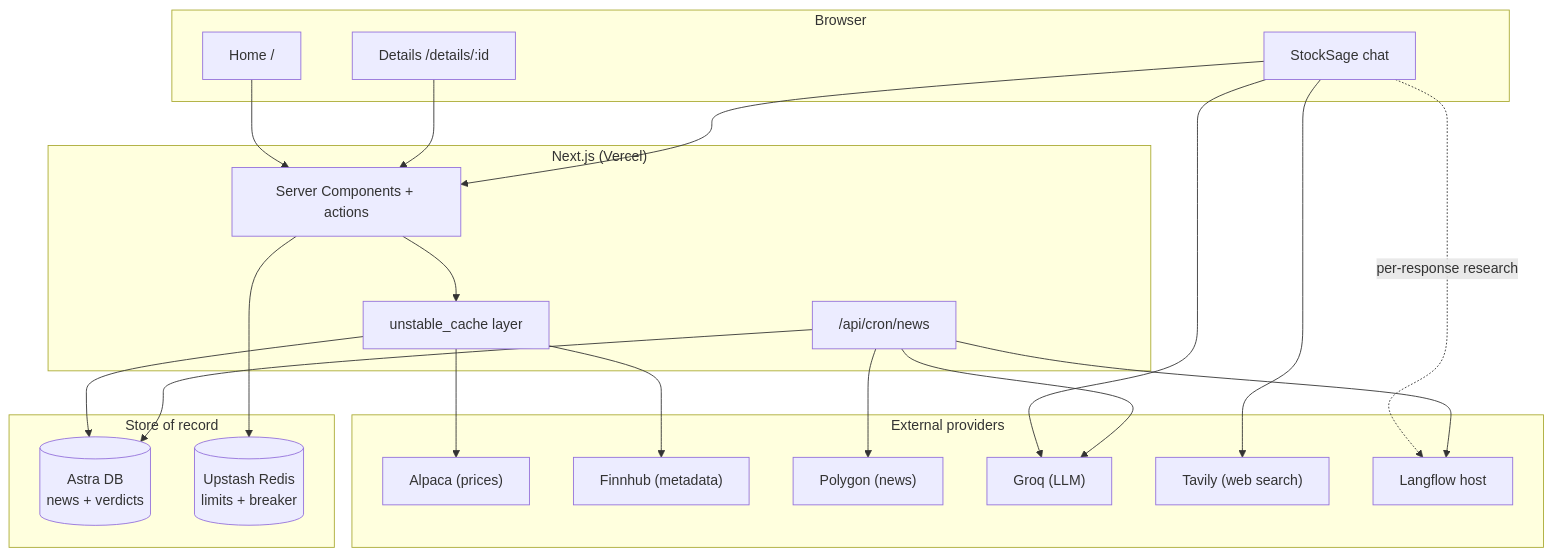
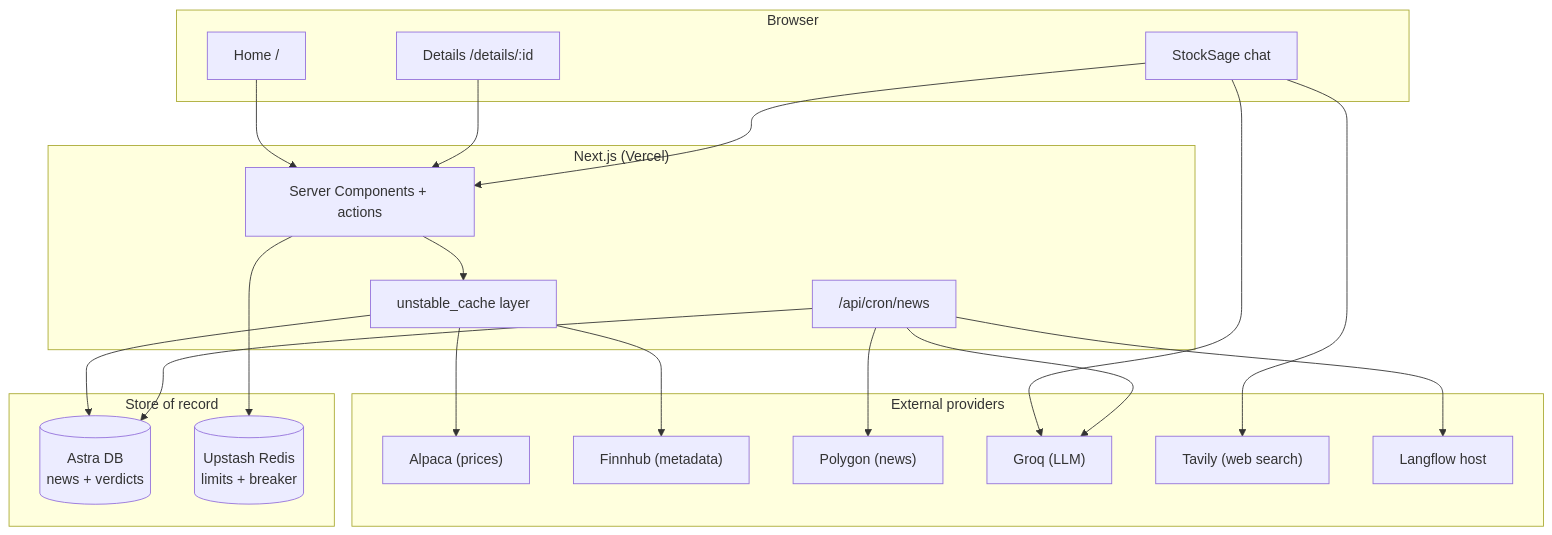
Before and after one commit to HarshitBadam/trade-intel: the first of 2 diagrams in docs/architecture.md, drawn with Mermaid. The commit also changed other lines of this file and 61 other files, not shown here.

````diff
--- a/docs/architecture.md
+++ b/docs/architecture.md
@@ -13,45 +13,44 @@
 ```mermaid
 flowchart TB
   subgraph client["Browser"]
     HOME["Home /"]
     DETAIL["Details /details/:id"]
     CHAT["StockSage chat"]
   end
 
   subgraph next["Next.js (Vercel)"]
     RSC["Server Components + actions"]
     CACHE["unstable_cache layer"]
     CRON["/api/cron/news"]
   end
 
   subgraph store["Store of record"]
     ASTRA[(Astra DB<br/>news + verdicts)]
     REDIS[(Upstash Redis<br/>limits + breaker)]
   end
 
   subgraph providers["External providers"]
     ALPACA["Alpaca (prices)"]
     FINNHUB["Finnhub (metadata)"]
     POLYGON["Polygon (news)"]
     GROQ["Groq (LLM)"]
     TAVILY["Tavily (web search)"]
     LANGFLOW["Langflow host"]
   end
 
   HOME --> RSC
   DETAIL --> RSC
   CHAT --> RSC
   RSC --> CACHE
   CACHE --> ASTRA
   CACHE --> ALPACA
   CACHE --> FINNHUB
   RSC --> REDIS
   CHAT --> GROQ
   CHAT --> TAVILY
-  CHAT -.per-response research.-> LANGFLOW
 
   CRON --> POLYGON
   CRON --> GROQ
   CRON --> LANGFLOW
   CRON --> ASTRA
 ```
````
